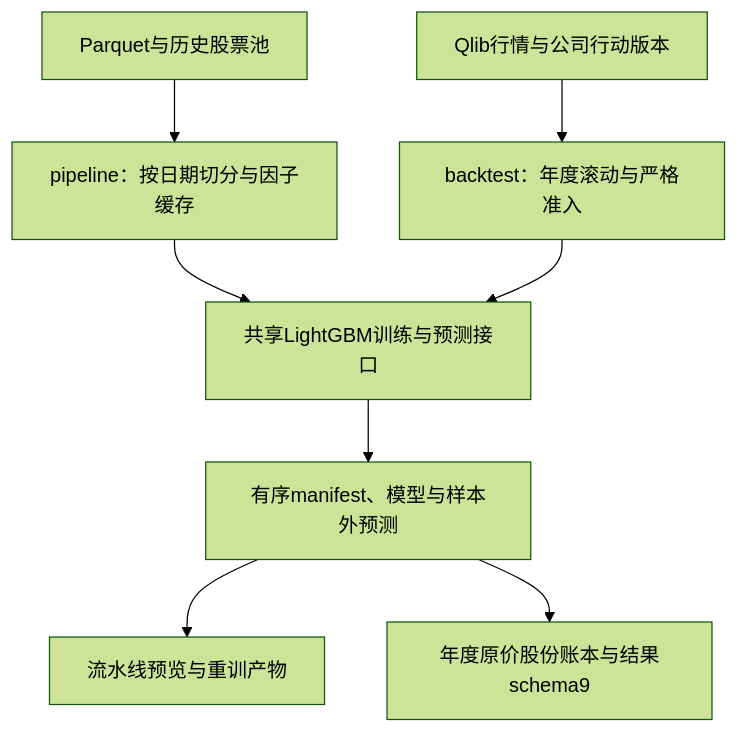
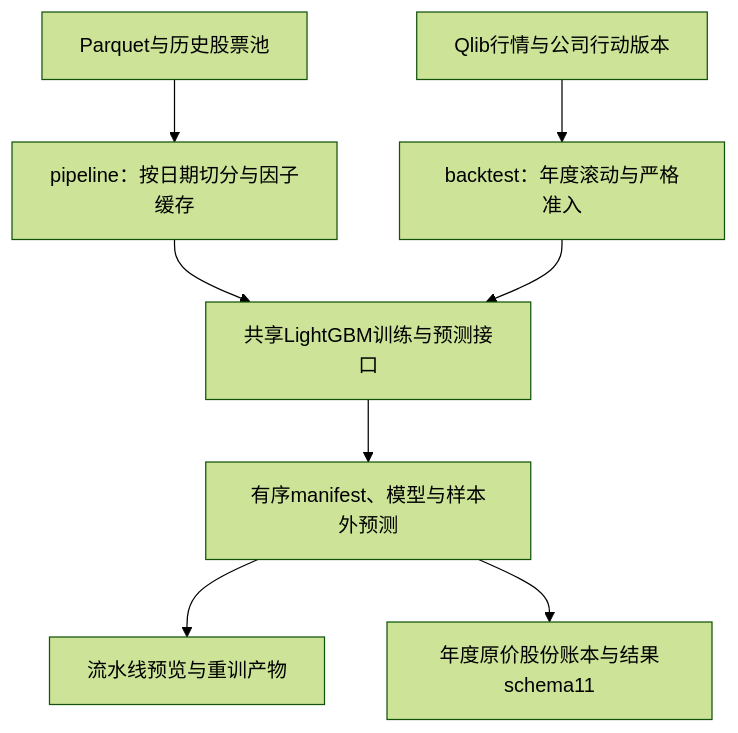
Before and after one commit to Dennishaha/JFQuant: the first of 5 diagrams in crates/ml/README.md, drawn with Mermaid (forest theme). The commit also changed other lines of this file and 71 other files, not shown here.

````diff
--- a/crates/ml/README.md
+++ b/crates/ml/README.md
@@ -27,10 +27,10 @@
 ```mermaid
 flowchart TD
   PARQUET["Parquet与历史股票池"] --> PIPE["pipeline：按日期切分与因子缓存"]
   QLIB["Qlib行情与公司行动版本"] --> YEAR["backtest：年度滚动与严格准入"]
   PIPE --> TRAIN["共享LightGBM训练与预测接口"]
   YEAR --> TRAIN
   TRAIN --> MODEL["有序manifest、模型与样本外预测"]
   MODEL --> TABLE["流水线预览与重训产物"]
-  MODEL --> LEDGER["年度原价股份账本与结果schema9"]
+  MODEL --> LEDGER["年度原价股份账本与结果schema11"]
 ```
````
